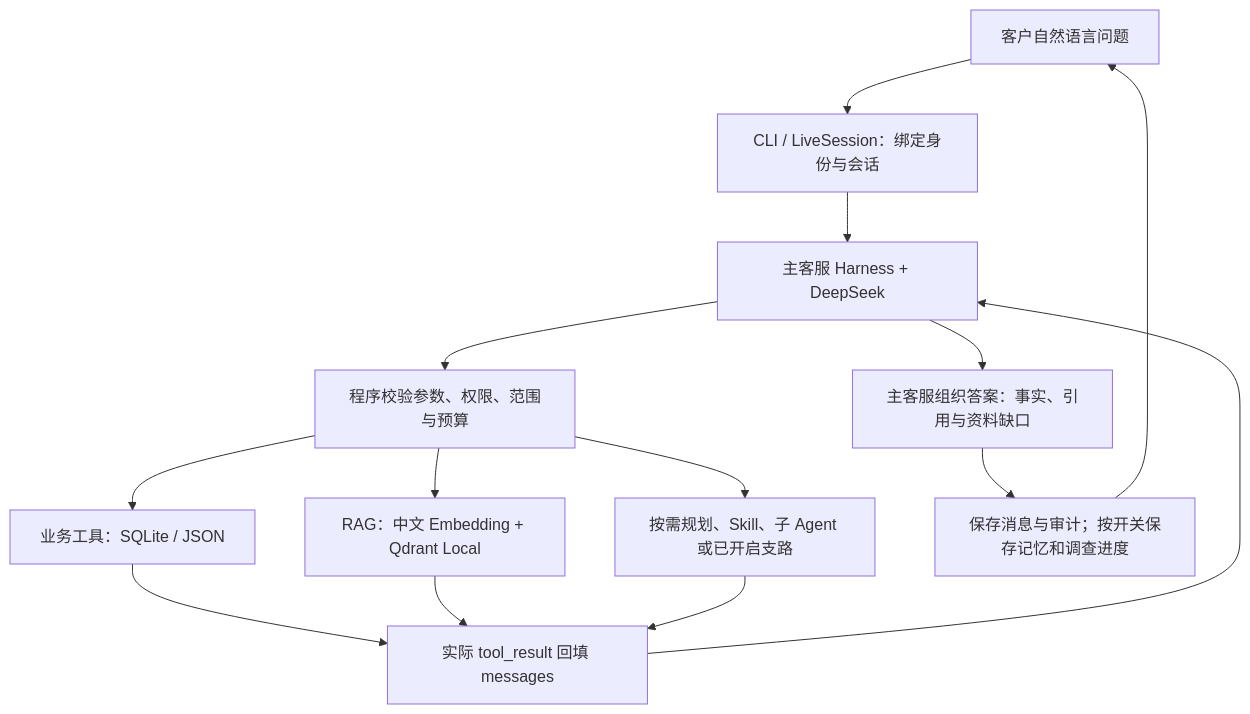
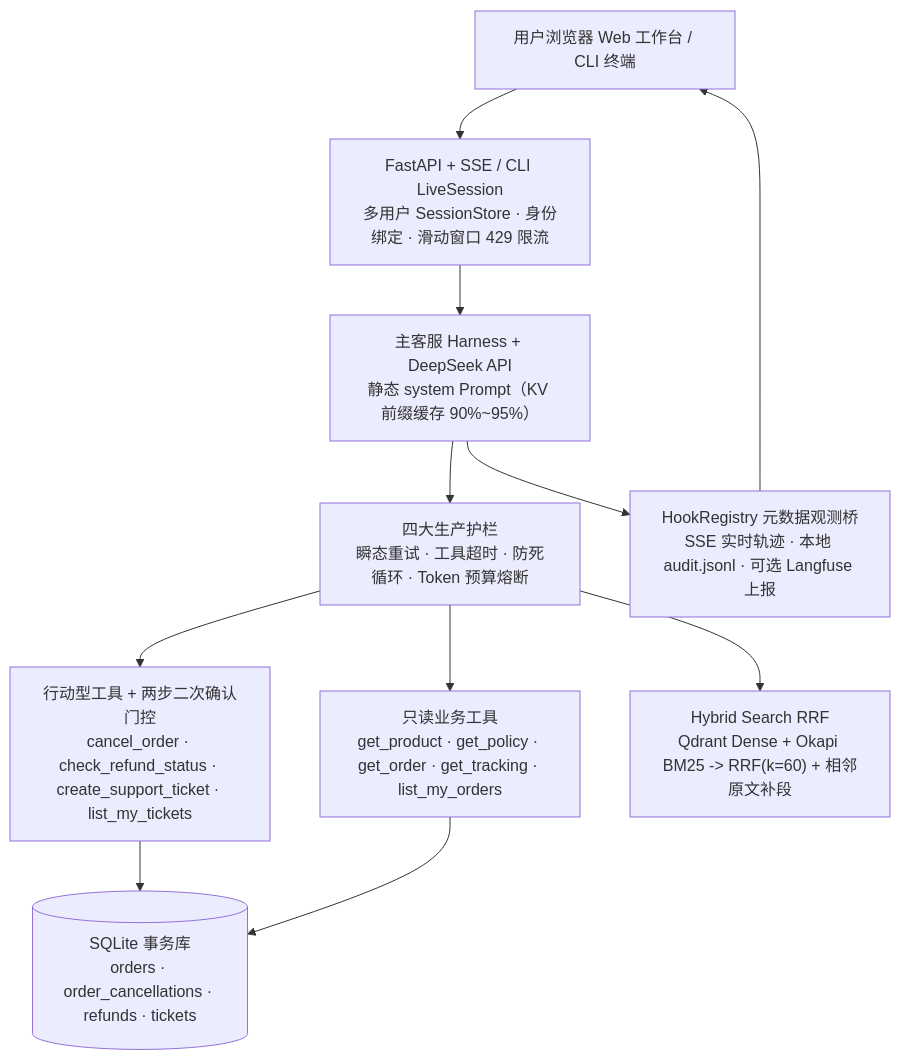
The diagram in README.md (rkwu52468-hue/E-commerce-Agent), drawn with Mermaid before and after one commit. The commit also changed other lines of this file and 34 other files, not shown here.

First line of the commit message:
feat: complete action tools, hybrid RRF RAG, 100-case eval, Web UI, and Docker deployment

````diff
--- a/README.md
+++ b/README.md
@@ -22,16 +26,13 @@
 ```mermaid
 flowchart TD
-    U["客户自然语言问题"] --> S["CLI / LiveSession：绑定身份与会话"]
-    S --> H["主客服 Harness + DeepSeek"]
-    H --> P["程序校验参数、权限、范围与预算"]
-    P --> B["业务工具：SQLite / JSON"]
-    P --> K["RAG：中文 Embedding + Qdrant Local"]
-    P --> C["按需规划、Skill、子 Agent 或已开启支路"]
-    B --> R["实际 tool_result 回填 messages"]
-    K --> R
-    C --> R
-    R --> H
-    H --> A["主客服组织答案：事实、引用与资料缺口"]
-    A --> D["保存消息与审计；按开关保存记忆和调查进度"]
-    D --> U
+    U["用户浏览器 Web 工作台 / CLI 终端"] --> API["FastAPI + SSE / CLI LiveSession<br/>多用户 SessionStore · 身份绑定 · 滑动窗口 429 限流"]
+    API --> H["主客服 Harness + DeepSeek API<br/>静态 system Prompt（KV 前缀缓存 90%~95%）"]
+    H --> G["四大生产护栏<br/>瞬态重试 · 工具超时 · 防死循环 · Token 预算熔断"]
+    G --> ACT["行动型工具 + 两步二次确认门控<br/>cancel_order · check_refund_status · create_support_ticket · list_my_tickets"]
+    G --> READ["只读业务工具<br/>get_product · get_policy · get_order · get_tracking · list_my_orders"]
+    G --> RAG["Hybrid Search RRF<br/>Qdrant Dense + Okapi BM25 -> RRF(k=60) + 相邻原文补段"]
+    ACT --> DB[("SQLite 事务库<br/>orders · order_cancellations · refunds · tickets")]
+    READ --> DB
+    H --> OBS["HookRegistry 元数据观测桥<br/>SSE 实时轨迹 · 本地 audit.jsonl · 可选 Langfuse 上报"]
+    OBS --> U
 ```
````
